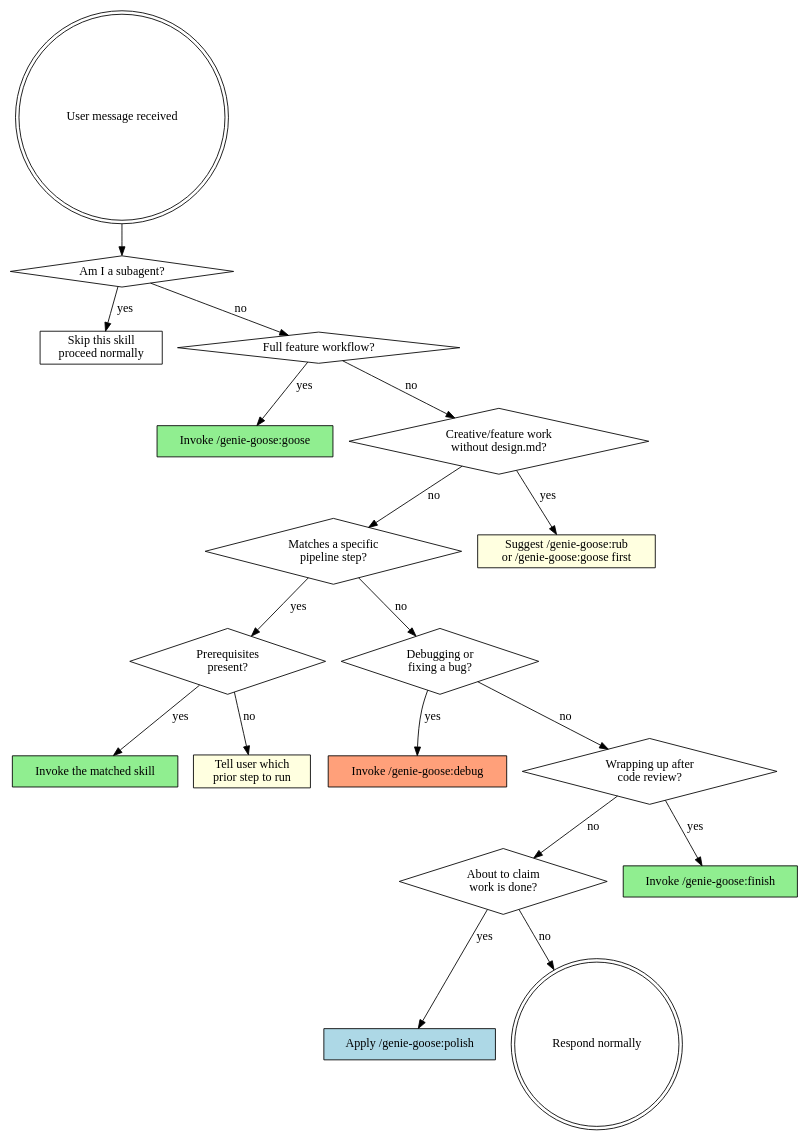
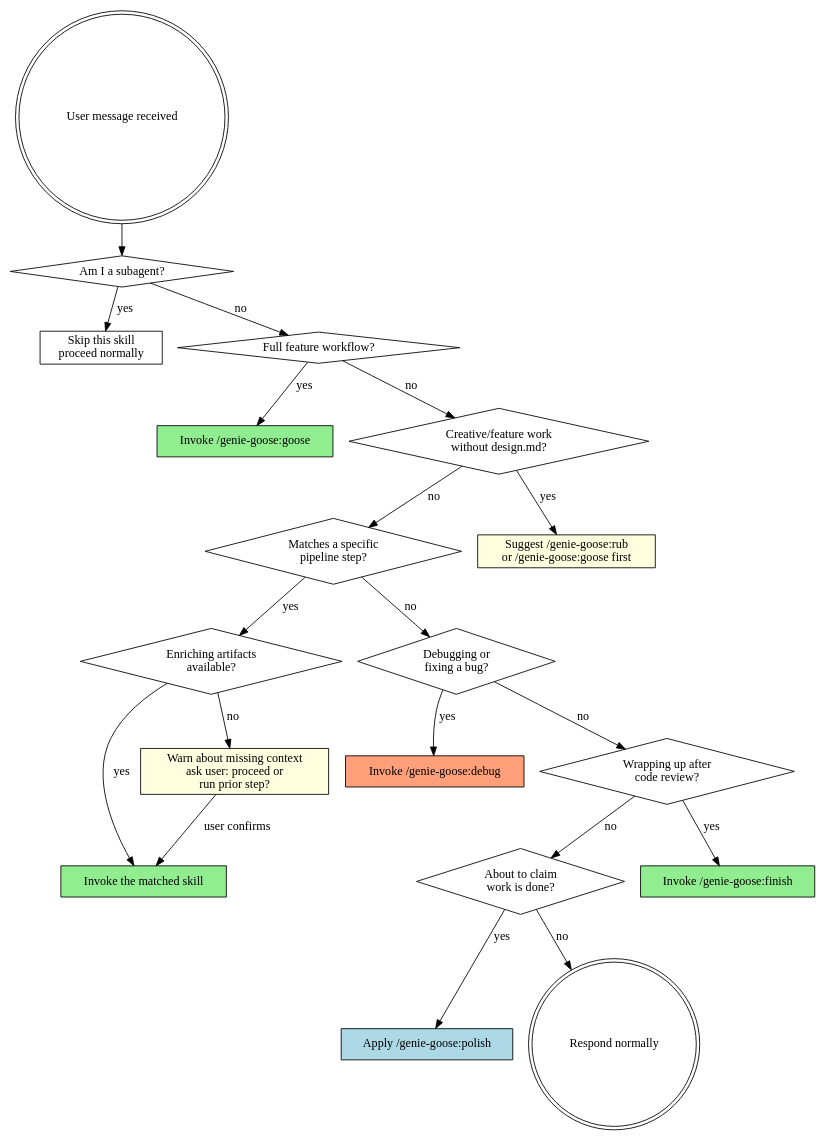
Before and after one commit to jhynsoo/genie-goose: the diagram in plugin/skills/lamp/SKILL.md, drawn with Graphviz. The commit also changed other lines of this file, not shown here.

````diff
--- a/plugin/skills/lamp/SKILL.md
+++ b/plugin/skills/lamp/SKILL.md
@@ -85,45 +128,46 @@
 ```dot
 digraph routing {
     rankdir=TB;
     node [shape=box];
 
     start [label="User message received" shape=doublecircle];
     is_subagent [label="Am I a subagent?" shape=diamond];
     skip [label="Skip this skill\nproceed normally" shape=box];
     full_pipeline [label="Full feature workflow?" shape=diamond];
     goose [label="Invoke /genie-goose:goose" shape=box style=filled fillcolor=lightgreen];
     specific_step [label="Matches a specific\npipeline step?" shape=diamond];
-    check_prereqs [label="Prerequisites\npresent?" shape=diamond];
+    check_prereqs [label="Enriching artifacts\navailable?" shape=diamond];
     invoke_skill [label="Invoke the matched skill" shape=box style=filled fillcolor=lightgreen];
-    report_missing [label="Tell user which\nprior step to run" shape=box style=filled fillcolor=lightyellow];
+    warn_missing [label="Warn about missing context\nask user: proceed or\nrun prior step?" shape=box style=filled fillcolor=lightyellow];
     is_completing [label="About to claim\nwork is done?" shape=diamond];
     polish [label="Apply /genie-goose:polish" shape=box style=filled fillcolor=lightblue];
     normal [label="Respond normally" shape=doublecircle];
 
     start -> is_subagent;
     is_subagent -> skip [label="yes"];
     is_subagent -> full_pipeline [label="no"];
     needs_brainstorm [label="Creative/feature work\nwithout design.md?" shape=diamond];
     suggest_rub [label="Suggest /genie-goose:rub\nor /genie-goose:goose first" shape=box style=filled fillcolor=lightyellow];
 
     full_pipeline -> goose [label="yes"];
     full_pipeline -> needs_brainstorm [label="no"];
     needs_brainstorm -> suggest_rub [label="yes"];
     needs_brainstorm -> specific_step [label="no"];
     is_debugging [label="Debugging or\nfixing a bug?" shape=diamond];
     debug [label="Invoke /genie-goose:debug" shape=box style=filled fillcolor=lightsalmon];
     is_wrapping_up [label="Wrapping up after\ncode review?" shape=diamond];
     finish [label="Invoke /genie-goose:finish" shape=box style=filled fillcolor=lightgreen];
 
     specific_step -> check_prereqs [label="yes"];
     specific_step -> is_debugging [label="no"];
     check_prereqs -> invoke_skill [label="yes"];
-    check_prereqs -> report_missing [label="no"];
+    check_prereqs -> warn_missing [label="no"];
+    warn_missing -> invoke_skill [label="user confirms"];
     is_debugging -> debug [label="yes"];
     is_debugging -> is_wrapping_up [label="no"];
     is_wrapping_up -> finish [label="yes"];
     is_wrapping_up -> is_completing [label="no"];
     is_completing -> polish [label="yes"];
     is_completing -> normal [label="no"];
 }
 ```
````
